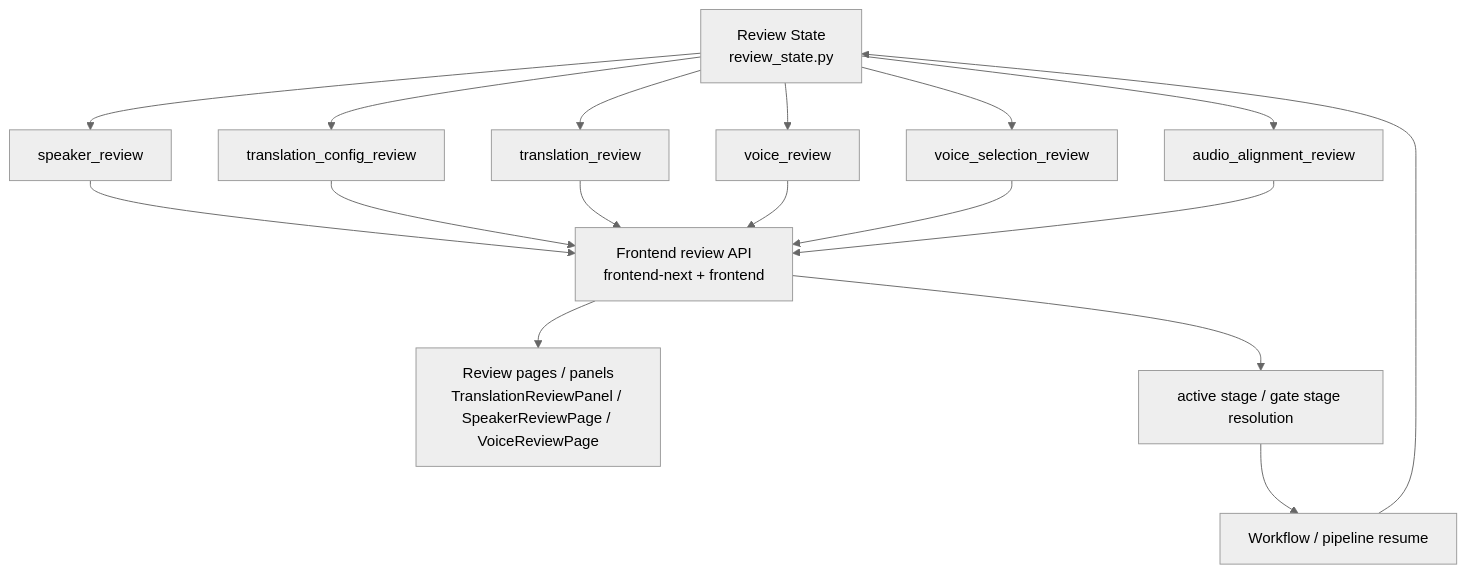
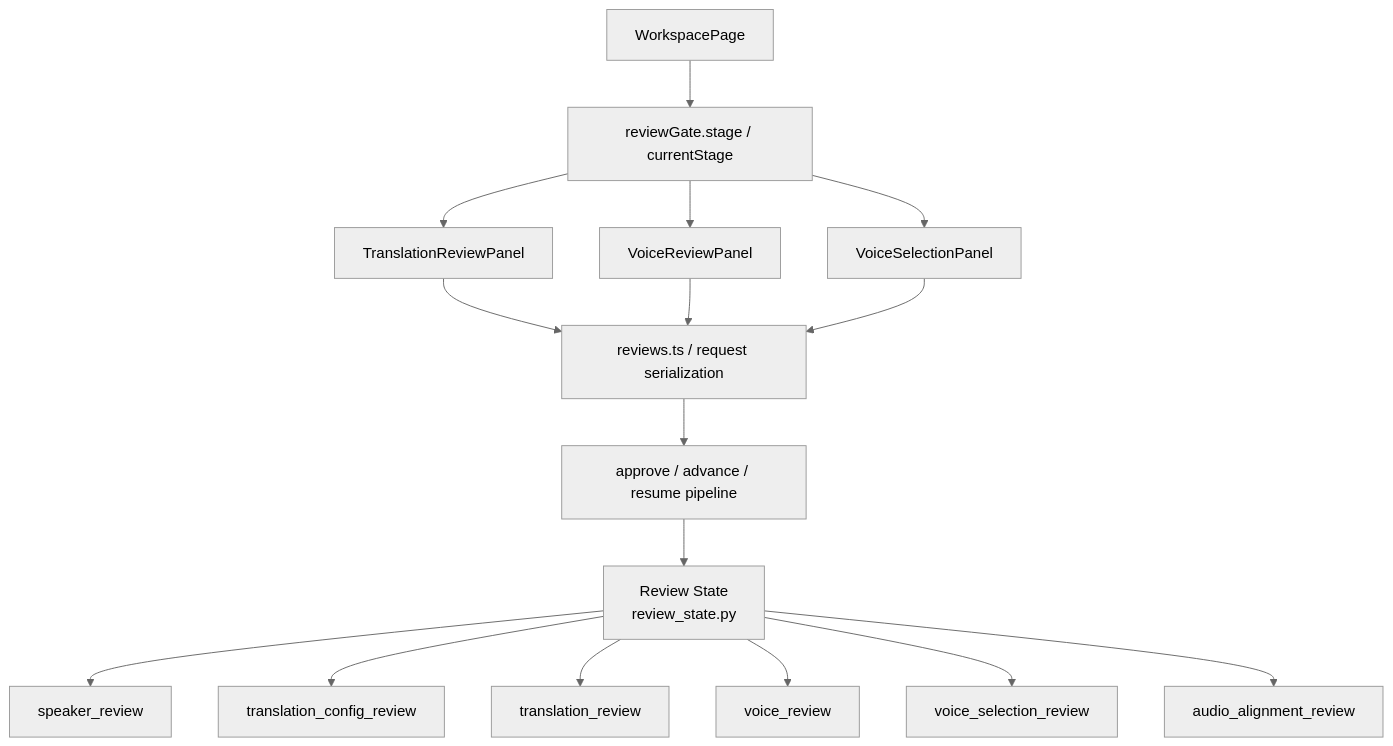
One commit to sun9bear/AITransVideo changed the diagram in docs/graphs/GITNEXUS_REVIEW_GRAPH.md. Above: the diagram before and after it, drawn with Mermaid (neutral theme). The commit also changed other lines of this file and 8 other files, not shown here.

````diff
--- a/docs/graphs/GITNEXUS_REVIEW_GRAPH.md
+++ b/docs/graphs/GITNEXUS_REVIEW_GRAPH.md
@@ -16,21 +16,20 @@
 ```mermaid
 graph TD
     ReviewState["Review State<br/>review_state.py"] --> Speaker["speaker_review"]
     ReviewState --> Config["translation_config_review"]
     ReviewState --> Translation["translation_review"]
     ReviewState --> Voice["voice_review"]
     ReviewState --> VoiceSelect["voice_selection_review"]
     ReviewState --> AudioAlign["audio_alignment_review"]
 
-    Speaker --> ReviewAPI["Frontend review API<br/>frontend-next + frontend"]
-    Config --> ReviewAPI
-    Translation --> ReviewAPI
-    Voice --> ReviewAPI
-    VoiceSelect --> ReviewAPI
-    AudioAlign --> ReviewAPI
+    Workspace["WorkspacePage"] --> Gate["reviewGate.stage / currentStage"]
+    Gate --> TranslationPanel["TranslationReviewPanel"]
+    Gate --> VoicePanel["VoiceReviewPanel"]
+    Gate --> VoiceSelectPanel["VoiceSelectionPanel"]
 
-    ReviewAPI --> Pages["Review pages / panels<br/>TranslationReviewPanel / SpeakerReviewPage / VoiceReviewPage"]
-    ReviewAPI --> Gate["active stage / gate stage resolution"]
-    Gate --> Workflow["Workflow / pipeline resume"]
-    Workflow --> ReviewState
+    TranslationPanel --> ReviewAPI["reviews.ts / request serialization"]
+    VoicePanel --> ReviewAPI
+    VoiceSelectPanel --> ReviewAPI
+    ReviewAPI --> Resume["approve / advance / resume pipeline"]
+    Resume --> ReviewState
 ```
````
